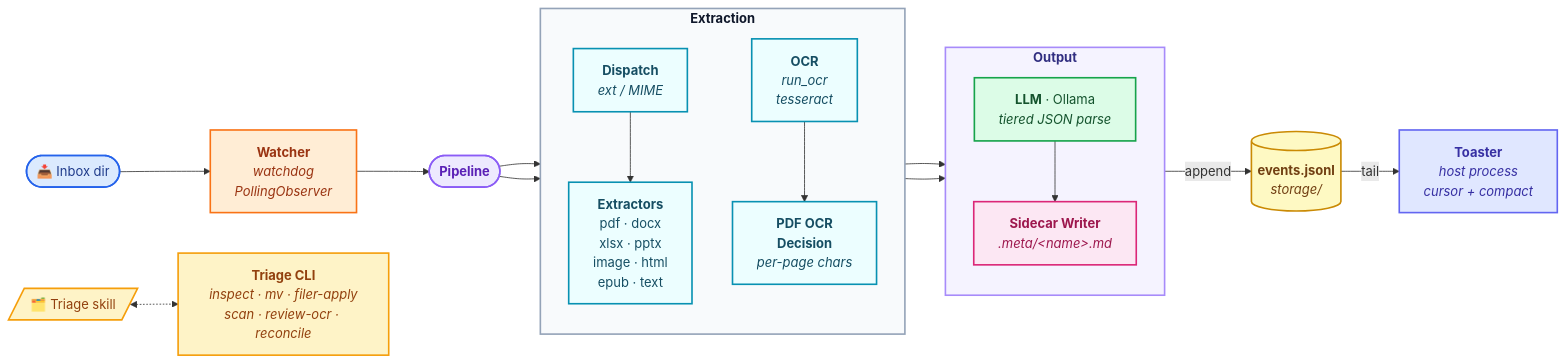
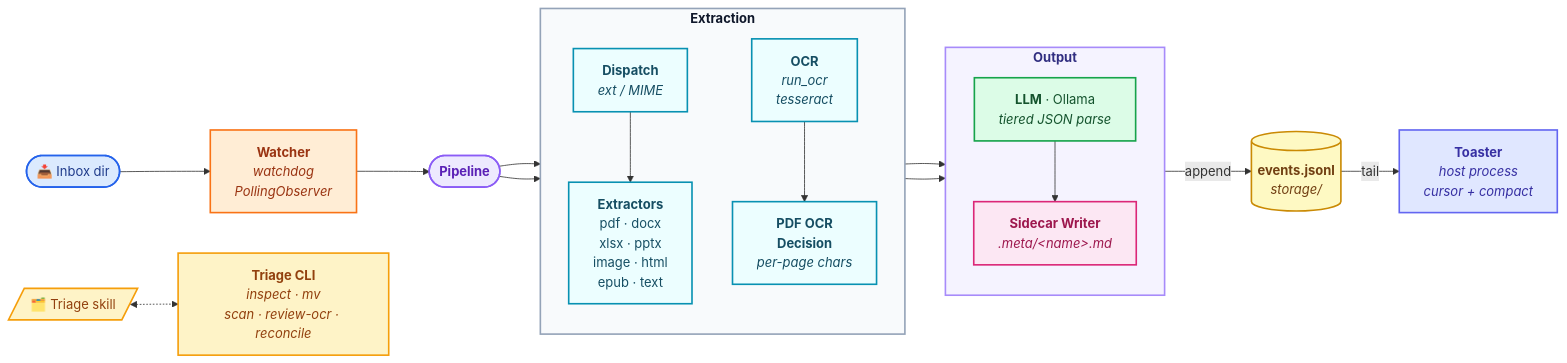
Before and after one commit to talraveh1/automafile: the diagram in architecture.md, drawn with Mermaid. The commit also changed other lines of this file and 35 other files, not shown here.

````diff
--- a/architecture.md
+++ b/architecture.md
@@ -3,46 +3,46 @@
 ```mermaid
 flowchart LR
    inbox(["📥 Inbox dir"]):::source
    watcher["<b>Watcher</b><br/><i>watchdog<br/>PollingObserver</i>"]:::watch
    pipeline(["<b>Pipeline</b>"]):::core
 
    subgraph extract ["<b>Extraction</b>"]
       direction TB
       dispatch["<b>Dispatch</b><br/><i>ext / MIME</i>"]:::stage
       extractors["<b>Extractors</b><br/>pdf · docx<br/>xlsx · pptx<br/>image · html<br/>epub · text"]:::stage
       ocr["<b>OCR</b><br/><i>run_ocr<br/>tesseract</i>"]:::stage
       ocr_decision["<b>PDF OCR<br/>Decision</b><br/><i>per-page chars</i>"]:::stage
    end
 
    subgraph output ["<b>Output</b>"]
       direction TB
       llm["<b>LLM</b> · Ollama<br/><i>tiered JSON parse</i>"]:::ai
       writers["<b>Sidecar Writer</b><br/><i>.meta/&lt;name&gt;.md</i>"]:::write
    end
 
    events[("<b>events.jsonl</b><br/><i>storage/</i>")]:::journal
    toaster["<b>Toaster</b><br/><i>host process<br/>cursor + compact</i>"]:::notify
 
-   cli["<b>Triage CLI</b><br/><i>inspect · mv · filer-apply<br/>scan · review-ocr · reconcile</i>"]:::tool
+   cli["<b>Triage CLI</b><br/><i>inspect · mv<br/>scan · review-ocr · reconcile</i>"]:::tool
    triage[/"🗂️ Triage skill"/]:::tool
 
    inbox --> watcher --> pipeline
    pipeline --> dispatch --> extractors --> output
    pipeline --> ocr --> ocr_decision --> output
    llm --> writers
    writers -->|append| events
    events -->|tail| toaster
    triage <-.-> cli
    style extract fill:#f8fafc,stroke:#94a3b8,stroke-width:2px,color:#0f172a
    style output fill:#f5f3ff,stroke:#a78bfa,stroke-width:2px,color:#312e81
 
    classDef source  fill:#dbeafe,stroke:#2563eb,stroke-width:2px,color:#1e3a8a
    classDef watch   fill:#ffedd5,stroke:#f97316,stroke-width:2px,color:#9a3412
    classDef core    fill:#ede9fe,stroke:#8b5cf6,stroke-width:2px,color:#5b21b6
    classDef stage   fill:#ecfeff,stroke:#0891b2,stroke-width:2px,color:#164e63
    classDef ai      fill:#dcfce7,stroke:#16a34a,stroke-width:2px,color:#14532d
    classDef write   fill:#fce7f3,stroke:#db2777,stroke-width:2px,color:#9d174d
    classDef journal fill:#fef9c3,stroke:#ca8a04,stroke-width:2px,color:#713f12
    classDef notify  fill:#e0e7ff,stroke:#6366f1,stroke-width:2px,color:#3730a3
    classDef tool    fill:#fef3c7,stroke:#f59e0b,stroke-width:2px,color:#92400e
 ```
````
